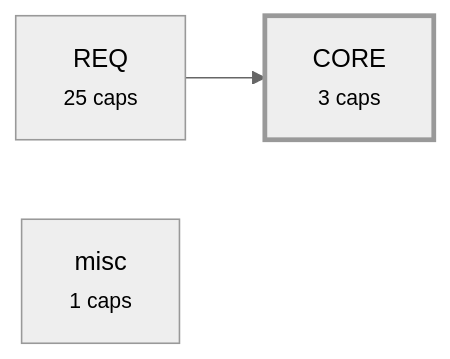
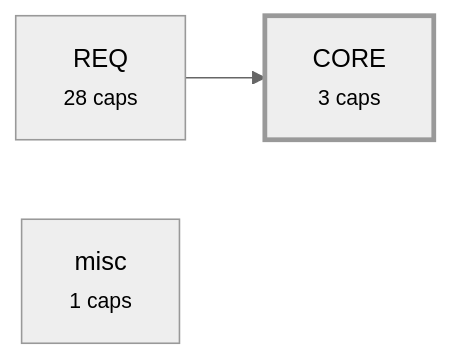
Before and after one commit to alxmax/Requirement-manager: the third of 4 diagrams in plugin/requirements/_map.md, drawn with Mermaid (neutral theme). The commit also changed other lines of this file and 18 other files, not shown here.

````diff
--- a/plugin/requirements/_map.md
+++ b/plugin/requirements/_map.md
@@ -226,8 +246,8 @@
 ```mermaid
 graph LR
   a_CORE["CORE<br><small>3 caps</small>"]
-  a_REQ["REQ<br><small>25 caps</small>"]
+  a_REQ["REQ<br><small>28 caps</small>"]
   a_misc["misc<br><small>1 caps</small>"]
   a_REQ --> a_CORE
   style a_CORE stroke-width:3px
 ```
````
